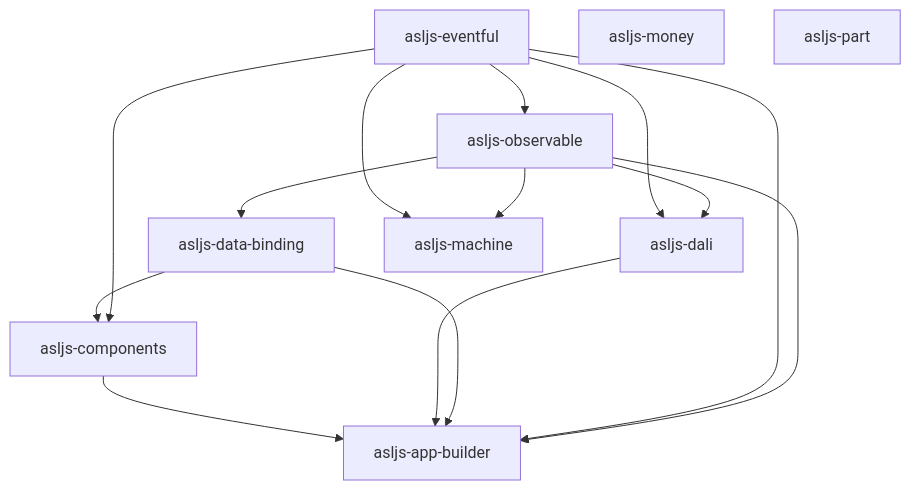
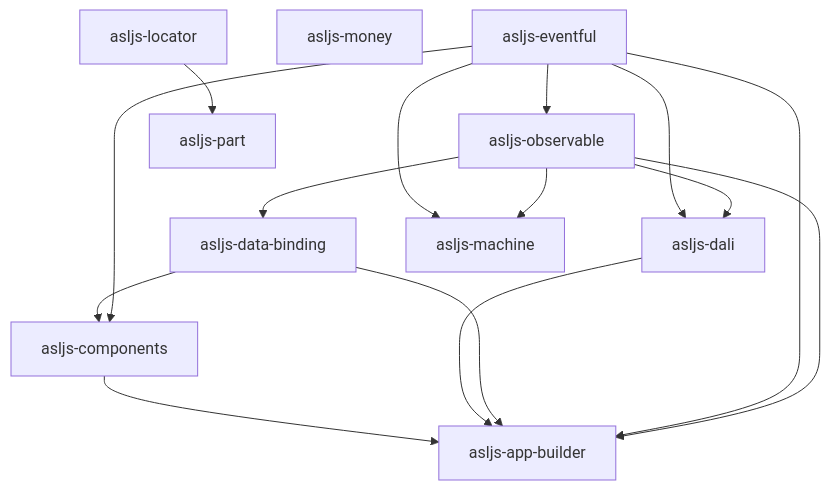
The diagram in docs/Dependencies.md (AlexandriteSoftware/asljs), drawn with Mermaid before and after one commit. The commit also changed 103 other files, not shown here.

First line of the commit message:
Rename project-tools to toolkit, extract asljs-locator, and give the CLI commander and a logger

````diff
--- a/docs/Dependencies.md
+++ b/docs/Dependencies.md
@@ -3,26 +3,28 @@
 ```mermaid
 graph TD
   eventful[asljs-eventful]
   observable[asljs-observable]
   databinding[asljs-data-binding]
   components[asljs-components]
   dali[asljs-dali]
   machine[asljs-machine]
   money[asljs-money]
+  locator[asljs-locator]
   part[asljs-part]
   appbuilder[asljs-app-builder]
 
   eventful --> observable
   observable --> databinding
   databinding --> components
   eventful --> components
   eventful --> dali
   observable --> dali
   eventful --> machine
   observable --> machine
+  locator --> part
   components --> appbuilder
   dali --> appbuilder
   databinding --> appbuilder
   eventful --> appbuilder
   observable --> appbuilder
 ```
````
